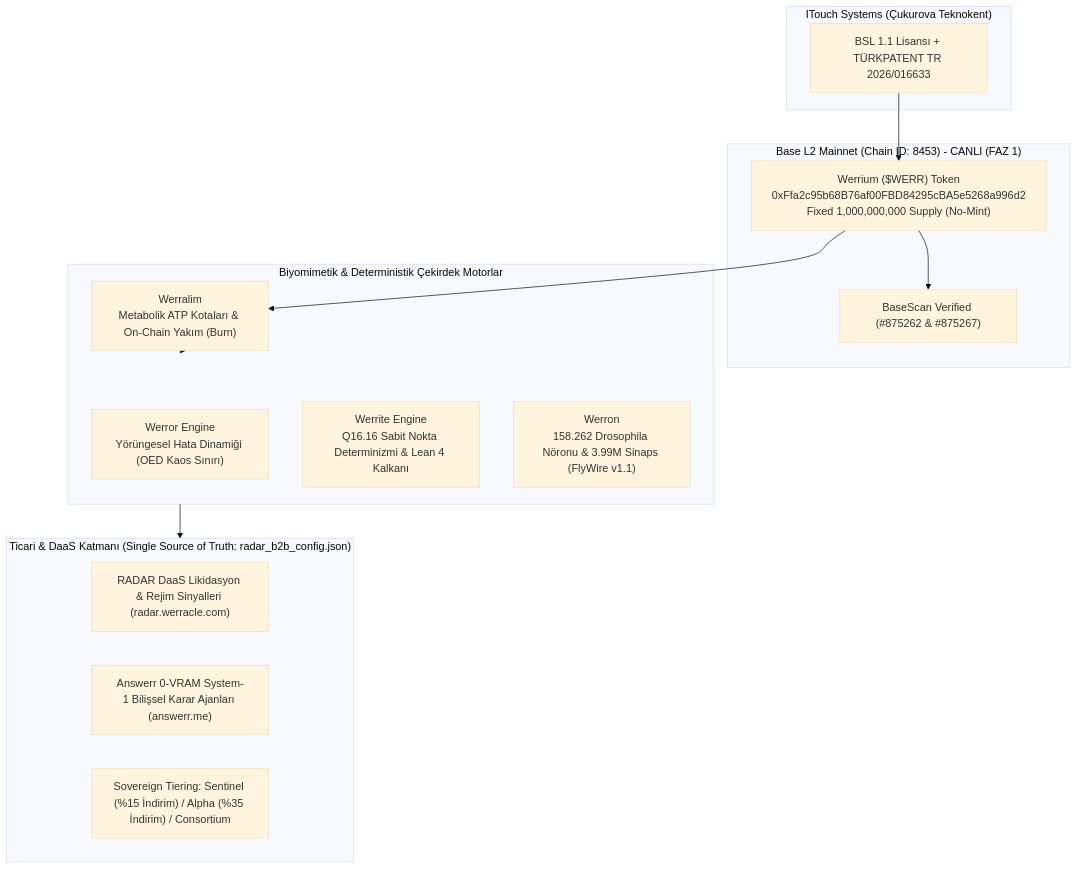
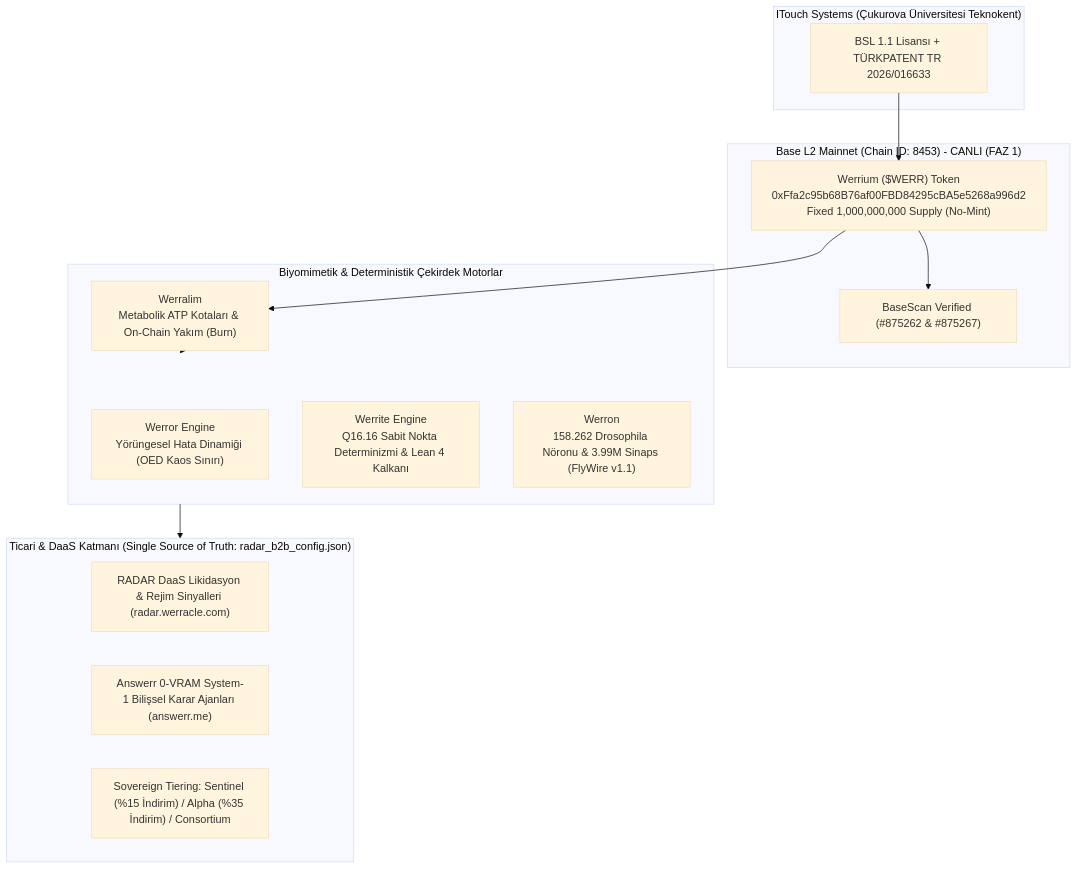
One commit to pCwOrM/werrealm changed the first of 2 diagrams in docs/WERREALM_MASTER_CRYPTO_TOKEN_VE_SOVEREIGN_MIMARI_RAPORU_20261030.md. Above: the diagram before and after it, drawn with Mermaid (base theme). The commit also changed other lines of this file and 13 other files, not shown here.

Commit message:
chore(branding): standardize to Cukurova University Technopark / Çukurova Üniversitesi Teknokent

````diff
--- a/docs/WERREALM_MASTER_CRYPTO_TOKEN_VE_SOVEREIGN_MIMARI_RAPORU_20261030.md
+++ b/docs/WERREALM_MASTER_CRYPTO_TOKEN_VE_SOVEREIGN_MIMARI_RAPORU_20261030.md
@@ -17,30 +17,30 @@
 ```mermaid
 flowchart TD
-    subgraph Corporate ["ITouch Systems (Çukurova Teknokent)"]
+    subgraph Corporate ["ITouch Systems (Çukurova Üniversitesi Teknokent)"]
         Legal["BSL 1.1 Lisansı + TÜRKPATENT TR 2026/016633"]
     end
 
     subgraph BaseChain ["Base L2 Mainnet (Chain ID: 8453) - CANLI (FAZ 1)"]
         WERR["Werrium ($WERR) Token<br/>0xFfa2c95b68B76af00FBD84295cBA5e5268a996d2<br/>Fixed 1,000,000,000 Supply (No-Mint)"]
         BaseScan["BaseScan Verified (#875262 & #875267)"]
     end
 
     subgraph CoreEngines ["Biyomimetik & Deterministik Çekirdek Motorlar"]
         Werror["Werror Engine<br/>Yörüngesel Hata Dinamiği (OED Kaos Sınırı)"]
         Werrite["Werrite Engine<br/>Q16.16 Sabit Nokta Determinizmi & Lean 4 Kalkanı"]
         Werron["Werron<br/>158.262 Drosophila Nöronu & 3.99M Sinaps (FlyWire v1.1)"]
         Werralim["Werralim<br/>Metabolik ATP Kotaları & On-Chain Yakım (Burn)"]
     end
 
     subgraph Commercial ["Ticari & DaaS Katmanı (Single Source of Truth: radar_b2b_config.json)"]
         Radar["RADAR DaaS Likidasyon & Rejim Sinyalleri (radar.werracle.com)"]
         Answerr["Answerr 0-VRAM System-1 Bilişsel Karar Ajanları (answerr.me)"]
         Tiers["Sovereign Tiering: Sentinel (%15 İndirim) / Alpha (%35 İndirim) / Consortium"]
     end
 
     Legal --> WERR
     WERR --> BaseScan
     WERR --> Werralim
     Werralim --> CoreEngines
     CoreEngines --> Commercial
 ```
````
